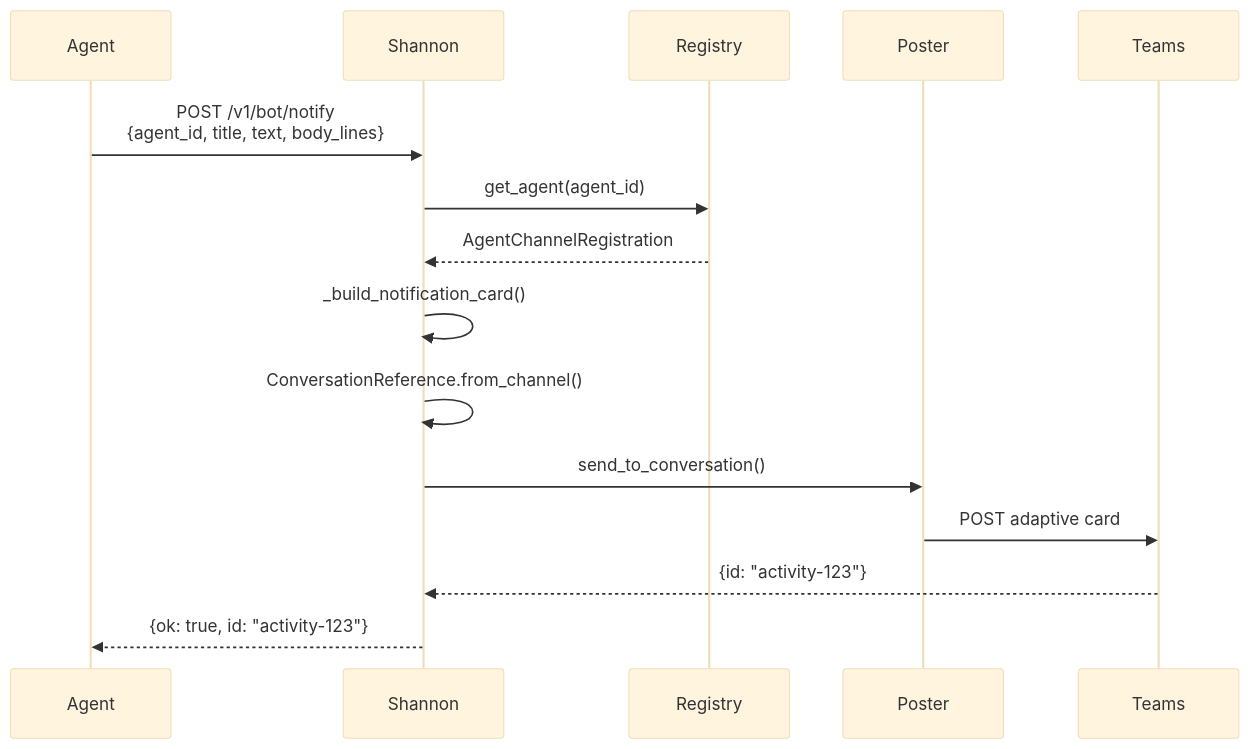
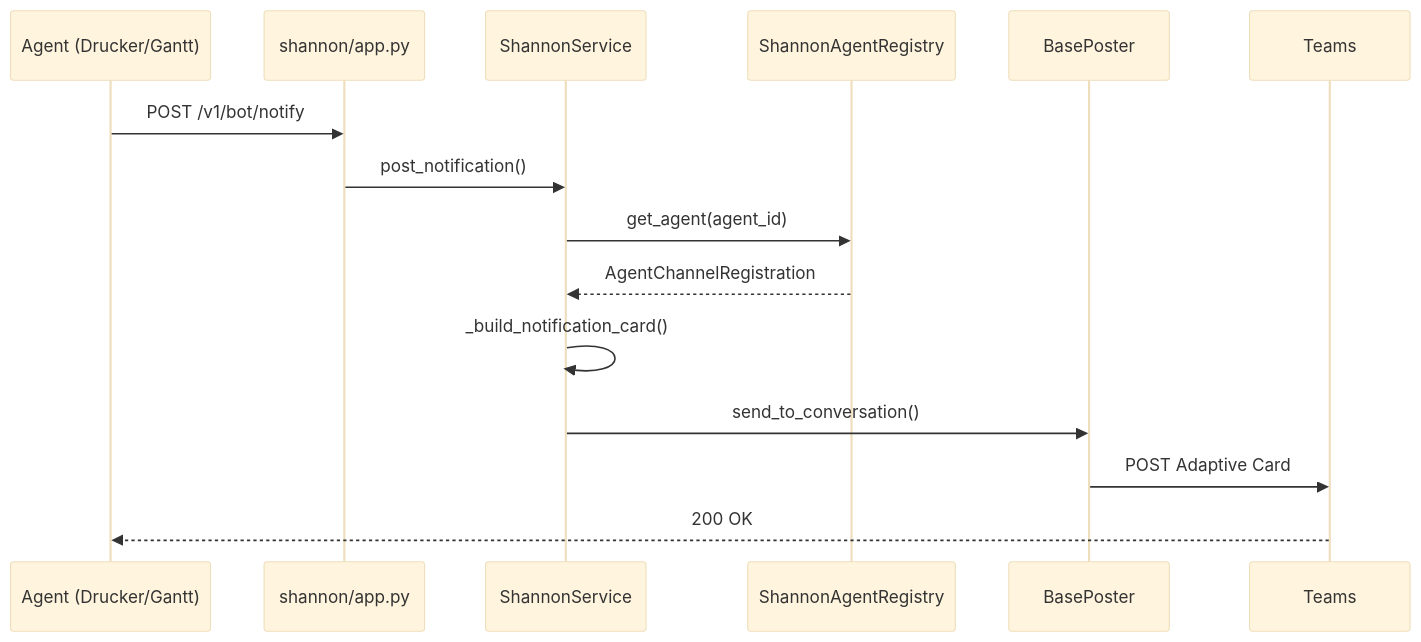
The third of 4 diagrams in docs/shannon.md (jmac-cornelis/agent-workforce), drawn with Mermaid (base theme) before and after one commit. The commit also changed other lines of this file and 5 other files, not shown here.

````diff
--- a/docs/shannon.md
+++ b/docs/shannon.md
@@ -82,18 +85,18 @@
 ```mermaid
 sequenceDiagram
-    participant Agent
-    participant Shannon
-    participant Registry
-    participant Poster
+    participant Agent as Agent (Drucker/Gantt)
+    participant App as shannon/app.py
+    participant Service as ShannonService
+    participant Registry as ShannonAgentRegistry
+    participant Poster as BasePoster
     participant Teams
 
-    Agent->>Shannon: POST /v1/bot/notify<br/>{agent_id, title, text, body_lines}
-    Shannon->>Registry: get_agent(agent_id)
-    Registry-->>Shannon: AgentChannelRegistration
-    Shannon->>Shannon: _build_notification_card()
-    Shannon->>Shannon: ConversationReference.from_channel()
-    Shannon->>Poster: send_to_conversation()
-    Poster->>Teams: POST adaptive card
-    Teams-->>Shannon: {id: "activity-123"}
-    Shannon-->>Agent: {ok: true, id: "activity-123"}
+    Agent->>App: POST /v1/bot/notify
+    App->>Service: post_notification()
+    Service->>Registry: get_agent(agent_id)
+    Registry-->>Service: AgentChannelRegistration
+    Service->>Service: _build_notification_card()
+    Service->>Poster: send_to_conversation()
+    Poster->>Teams: POST Adaptive Card
+    Teams-->>Agent: 200 OK
 ```
````
